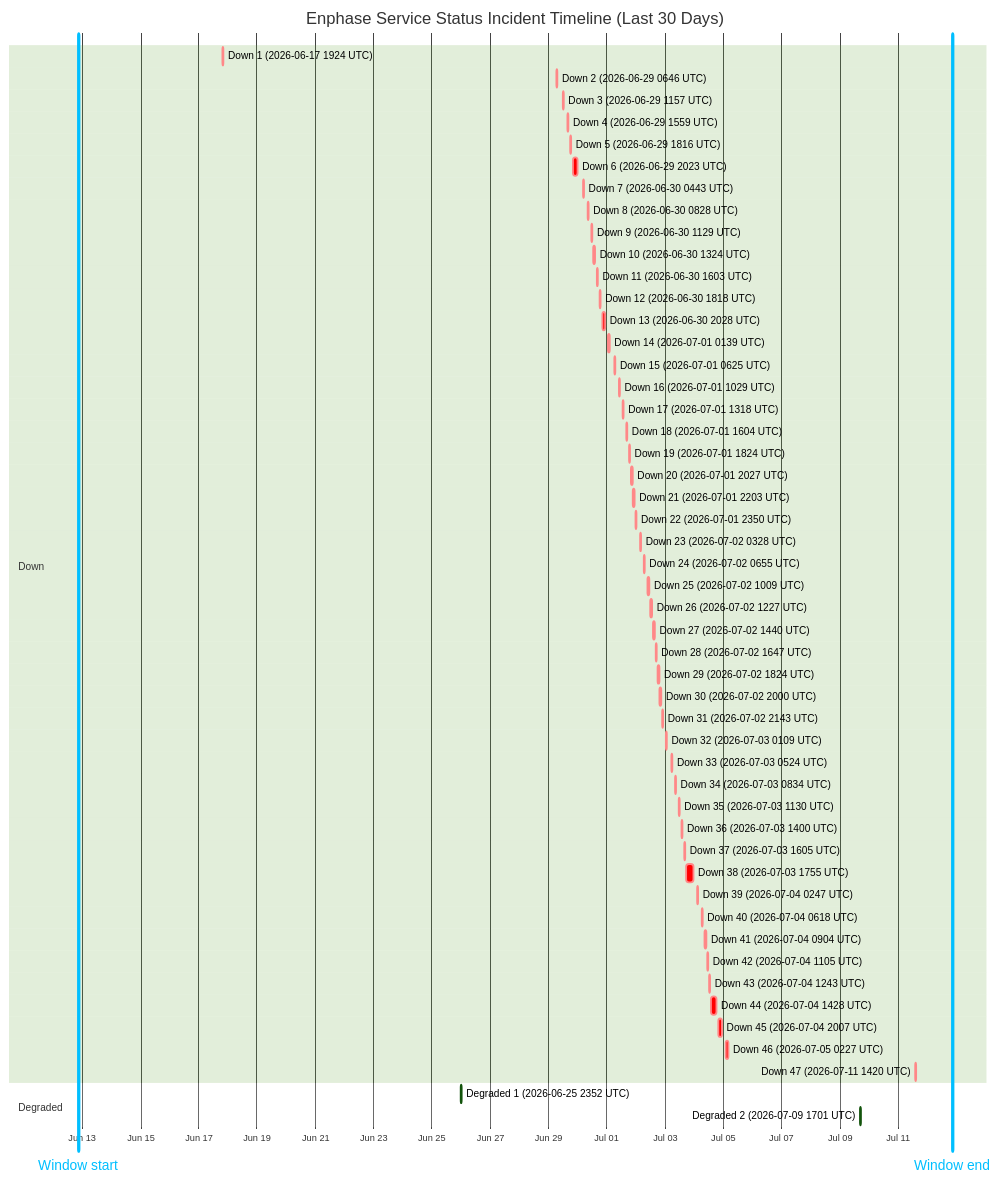
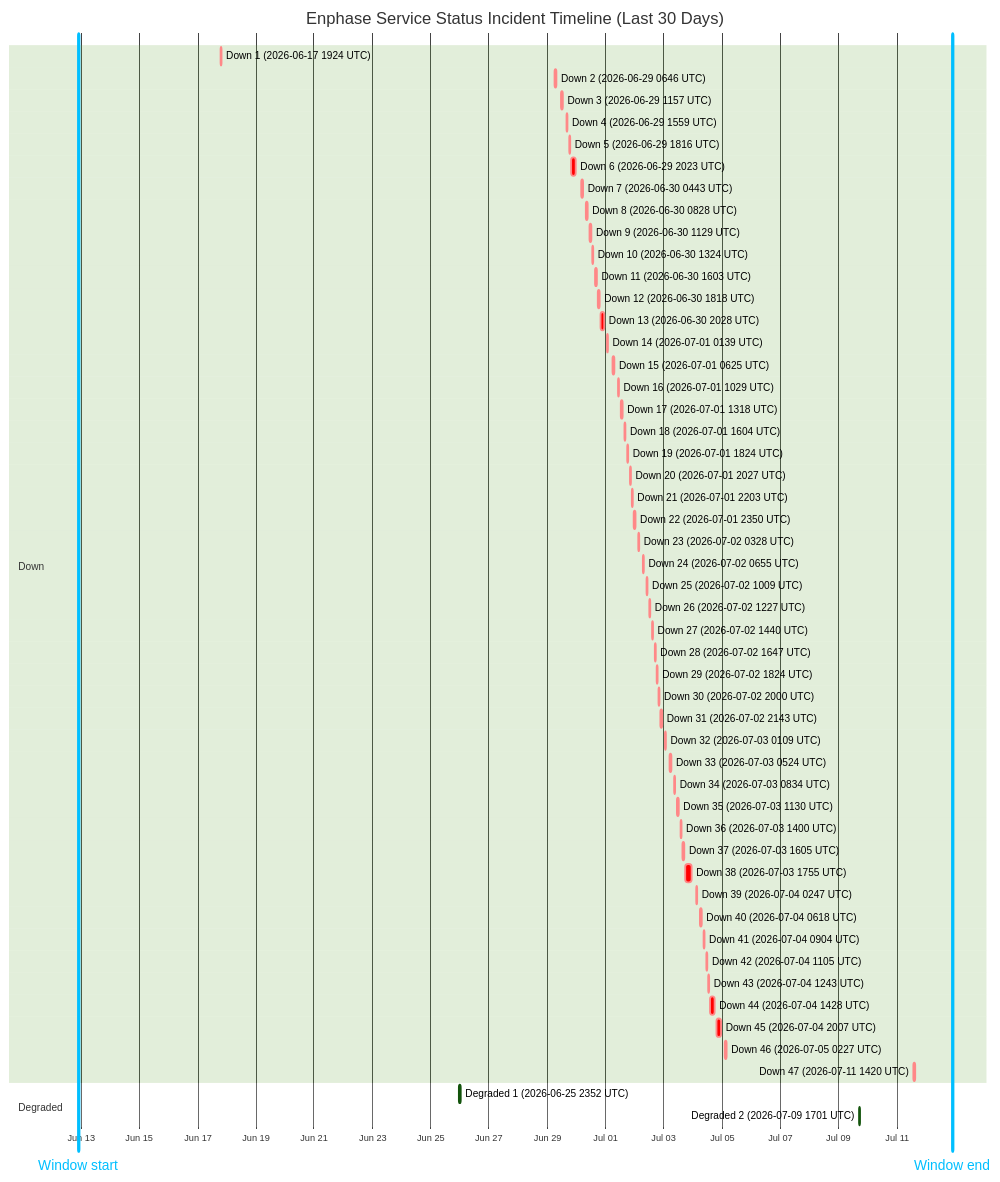
The diagram in wiki/Service-Status-History.md (barneyonline/ha-enphase-energy), drawn with Mermaid (forest theme) before and after one commit. The commit also changed other lines of this file and 3 other files, not shown here.

````diff
--- a/wiki/Service-Status-History.md
+++ b/wiki/Service-Status-History.md
@@ -14,59 +14,59 @@
 ```mermaid
 gantt
     title Enphase Service Status Incident Timeline (Last 30 Days)
     dateFormat  YYYY-MM-DDTHH:mm:ss
     axisFormat  %b %d
-    Window start :vert, window-start, 2026-06-12T20:44:02, 0ms
-    Window end :vert, window-end, 2026-07-12T20:44:02, 0ms
+    Window start :vert, window-start, 2026-06-12T21:48:45, 0ms
+    Window end :vert, window-end, 2026-07-12T21:48:45, 0ms
     section Down
     Down 1 (2026-06-17 1924 UTC) :crit, down-1, 2026-06-17T19:24:51, 60m
     Down 2 (2026-06-29 0646 UTC) :crit, down-2, 2026-06-29T06:46:18, 60m
     Down 3 (2026-06-29 1157 UTC) :crit, down-3, 2026-06-29T11:57:36, 60m
     Down 4 (2026-06-29 1559 UTC) :crit, down-4, 2026-06-29T15:59:02, 60m
     Down 5 (2026-06-29 1816 UTC) :crit, down-5, 2026-06-29T18:16:38, 60m
     Down 6 (2026-06-29 2023 UTC) :crit, down-6, 2026-06-29T20:23:16, 220m
     Down 7 (2026-06-30 0443 UTC) :crit, down-7, 2026-06-30T04:43:54, 60m
     Down 8 (2026-06-30 0828 UTC) :crit, down-8, 2026-06-30T08:28:43, 60m
     Down 9 (2026-06-30 1129 UTC) :crit, down-9, 2026-06-30T11:29:15, 60m
     Down 10 (2026-06-30 1324 UTC) :crit, down-10, 2026-06-30T13:24:25, 60m
     Down 11 (2026-06-30 1603 UTC) :crit, down-11, 2026-06-30T16:03:26, 60m
     Down 12 (2026-06-30 1818 UTC) :crit, down-12, 2026-06-30T18:18:39, 60m
     Down 13 (2026-06-30 2028 UTC) :crit, down-13, 2026-06-30T20:28:54, 171m
     Down 14 (2026-07-01 0139 UTC) :crit, down-14, 2026-07-01T01:39:18, 60m
     Down 15 (2026-07-01 0625 UTC) :crit, down-15, 2026-07-01T06:25:35, 60m
     Down 16 (2026-07-01 1029 UTC) :crit, down-16, 2026-07-01T10:29:24, 60m
     Down 17 (2026-07-01 1318 UTC) :crit, down-17, 2026-07-01T13:18:31, 60m
     Down 18 (2026-07-01 1604 UTC) :crit, down-18, 2026-07-01T16:04:29, 60m
     Down 19 (2026-07-01 1824 UTC) :crit, down-19, 2026-07-01T18:24:21, 60m
     Down 20 (2026-07-01 2027 UTC) :crit, down-20, 2026-07-01T20:27:17, 60m
     Down 21 (2026-07-01 2203 UTC) :crit, down-21, 2026-07-01T22:03:46, 60m
     Down 22 (2026-07-01 2350 UTC) :crit, down-22, 2026-07-01T23:50:52, 60m
     Down 23 (2026-07-02 0328 UTC) :crit, down-23, 2026-07-02T03:28:33, 60m
     Down 24 (2026-07-02 0655 UTC) :crit, down-24, 2026-07-02T06:55:07, 60m
     Down 25 (2026-07-02 1009 UTC) :crit, down-25, 2026-07-02T10:09:15, 60m
     Down 26 (2026-07-02 1227 UTC) :crit, down-26, 2026-07-02T12:27:49, 60m
     Down 27 (2026-07-02 1440 UTC) :crit, down-27, 2026-07-02T14:40:53, 60m
     Down 28 (2026-07-02 1647 UTC) :crit, down-28, 2026-07-02T16:47:47, 60m
     Down 29 (2026-07-02 1824 UTC) :crit, down-29, 2026-07-02T18:24:26, 60m
     Down 30 (2026-07-02 2000 UTC) :crit, down-30, 2026-07-02T20:00:57, 60m
     Down 31 (2026-07-02 2143 UTC) :crit, down-31, 2026-07-02T21:43:52, 80m
     Down 32 (2026-07-03 0109 UTC) :crit, down-32, 2026-07-03T01:09:19, 60m
     Down 33 (2026-07-03 0524 UTC) :crit, down-33, 2026-07-03T05:24:23, 60m
     Down 34 (2026-07-03 0834 UTC) :crit, down-34, 2026-07-03T08:34:05, 60m
     Down 35 (2026-07-03 1130 UTC) :crit, down-35, 2026-07-03T11:30:41, 60m
     Down 36 (2026-07-03 1400 UTC) :crit, down-36, 2026-07-03T14:00:48, 60m
     Down 37 (2026-07-03 1605 UTC) :crit, down-37, 2026-07-03T16:05:49, 60m
     Down 38 (2026-07-03 1755 UTC) :crit, down-38, 2026-07-03T17:55:54, 338m
     Down 39 (2026-07-04 0247 UTC) :crit, down-39, 2026-07-04T02:47:22, 60m
     Down 40 (2026-07-04 0618 UTC) :crit, down-40, 2026-07-04T06:18:09, 60m
     Down 41 (2026-07-04 0904 UTC) :crit, down-41, 2026-07-04T09:04:41, 60m
     Down 42 (2026-07-04 1105 UTC) :crit, down-42, 2026-07-04T11:05:21, 60m
     Down 43 (2026-07-04 1243 UTC) :crit, down-43, 2026-07-04T12:43:25, 60m
     Down 44 (2026-07-04 1428 UTC) :crit, down-44, 2026-07-04T14:28:07, 243m
     Down 45 (2026-07-04 2007 UTC) :crit, down-45, 2026-07-04T20:07:50, 206m
     Down 46 (2026-07-05 0227 UTC) :crit, down-46, 2026-07-05T02:27:32, 109m
     Down 47 (2026-07-11 1420 UTC) :crit, down-47, 2026-07-11T14:20:54, 69m
     section Degraded
     Degraded 1 (2026-06-25 2352 UTC) :active, degraded-1, 2026-06-25T23:52:01, 60m
     Degraded 2 (2026-07-09 1701 UTC) :active, degraded-2, 2026-07-09T17:01:02, 60m
 ```
````
